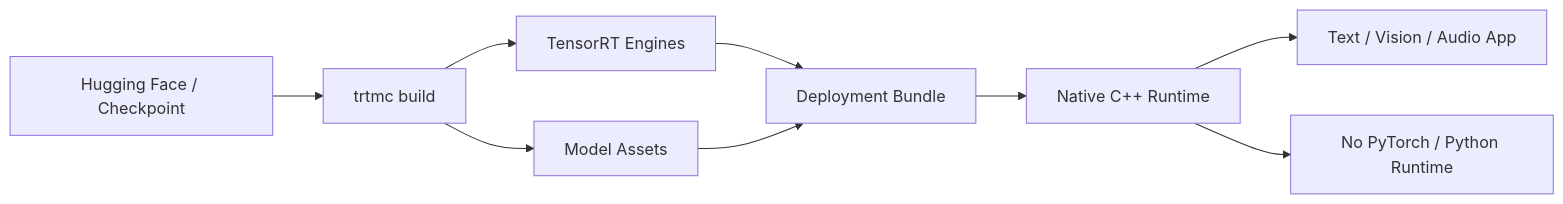
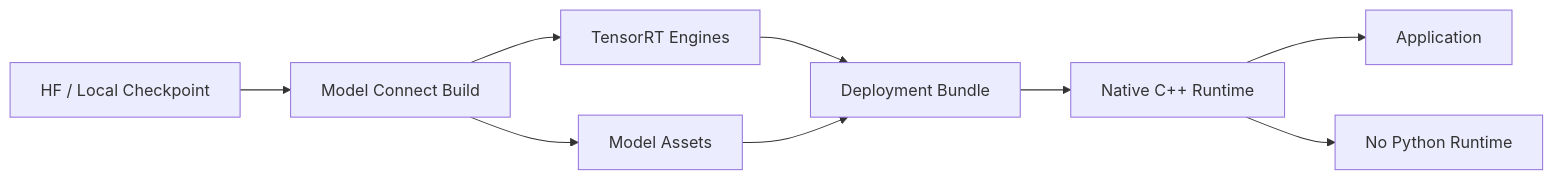
Before and after one commit to wlf186/ai-daily-headlines: the eighth of 20 diagrams in 260829.md, drawn with Mermaid. The commit also changed other lines of this file, not shown here.

````diff
--- a/260829.md
+++ b/260829.md
@@ -394,11 +377,11 @@
 ```mermaid
 flowchart LR
-    N1[Hugging Face / Checkpoint] --> N2[trtmc build]
+    N1[HF / Local Checkpoint] --> N2[Model Connect Build]
     N2 --> N3[TensorRT Engines]
     N2 --> N4[Model Assets]
     N3 --> N5[Deployment Bundle]
     N4 --> N5
     N5 --> N6[Native C++ Runtime]
-    N6 --> N7[Text / Vision / Audio App]
-    N6 --> N8[No PyTorch / Python Runtime]
+    N6 --> N7[Application]
+    N6 --> N8[No Python Runtime]
 ```
````
